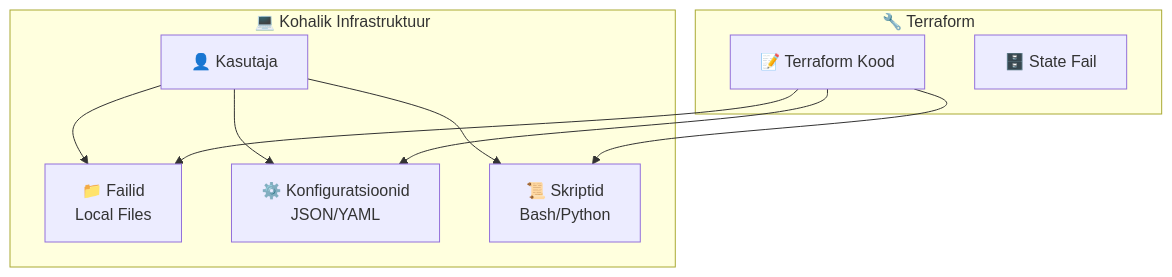
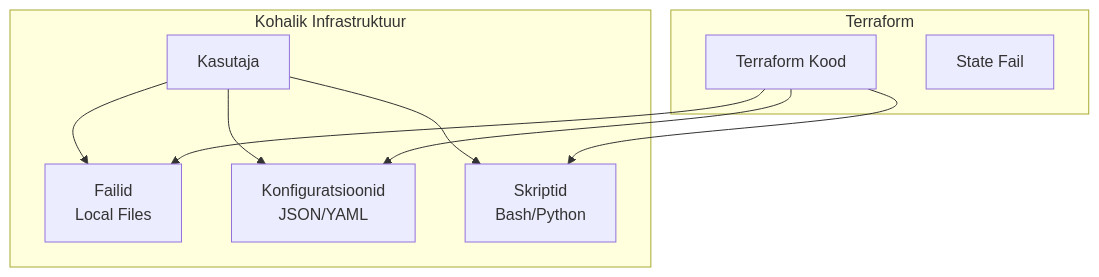
The diagram in terraform_basics/kodutoo_aws.md (mtalvik/automatiseerimine_ext), drawn with Mermaid before and after one commit. The commit also changed other lines of this file and 125 other files, not shown here.

````diff
--- a/terraform_basics/kodutoo_aws.md
+++ b/terraform_basics/kodutoo_aws.md
@@ -59,22 +59,22 @@
 ```mermaid
 graph TB
-    subgraph "💻 Kohalik Infrastruktuur"
-        User[👤 Kasutaja]
-        Files[📁 Failid<br/>Local Files]
-        Config[⚙️ Konfiguratsioonid<br/>JSON/YAML]
-        Scripts[📜 Skriptid<br/>Bash/Python]
+    subgraph " Kohalik Infrastruktuur"
+        User[ Kasutaja]
+        Files[ Failid<br/>Local Files]
+        Config[ Konfiguratsioonid<br/>JSON/YAML]
+        Scripts[ Skriptid<br/>Bash/Python]
     end
     
     User --> Files
     User --> Config
     User --> Scripts
     
-    subgraph "🔧 Terraform"
-        Code[📝 Terraform Kood]
-        State[🗄️ State Fail]
+    subgraph " Terraform"
+        Code[ Terraform Kood]
+        State[ State Fail]
     end
     
     Code --> Files
     Code --> Config
     Code --> Scripts
 ```
````
